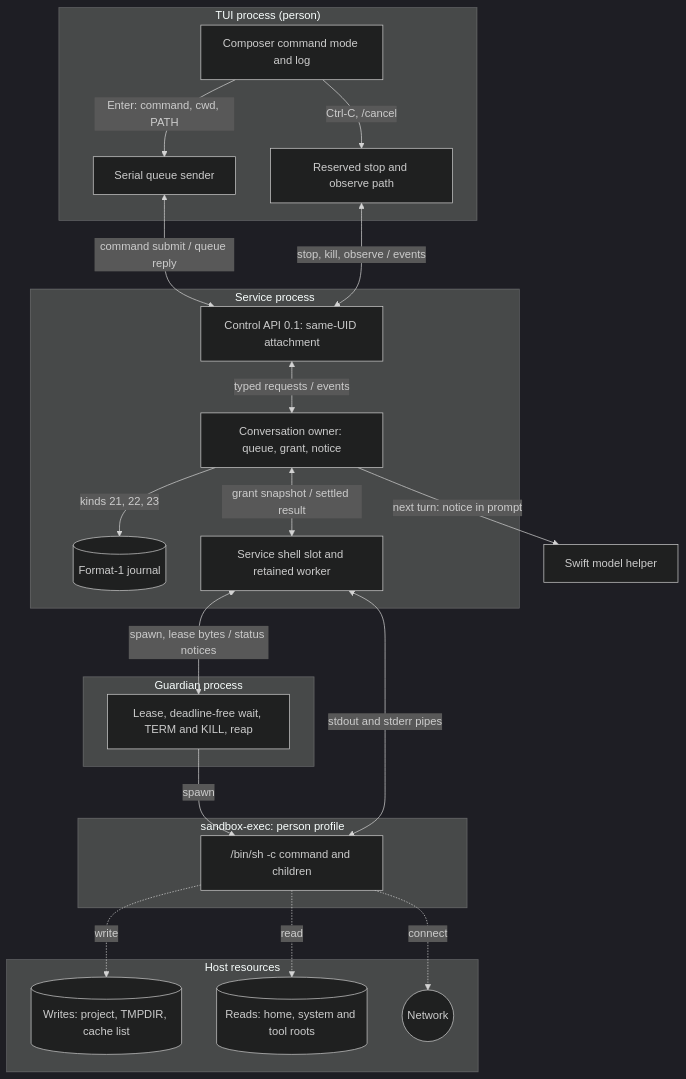
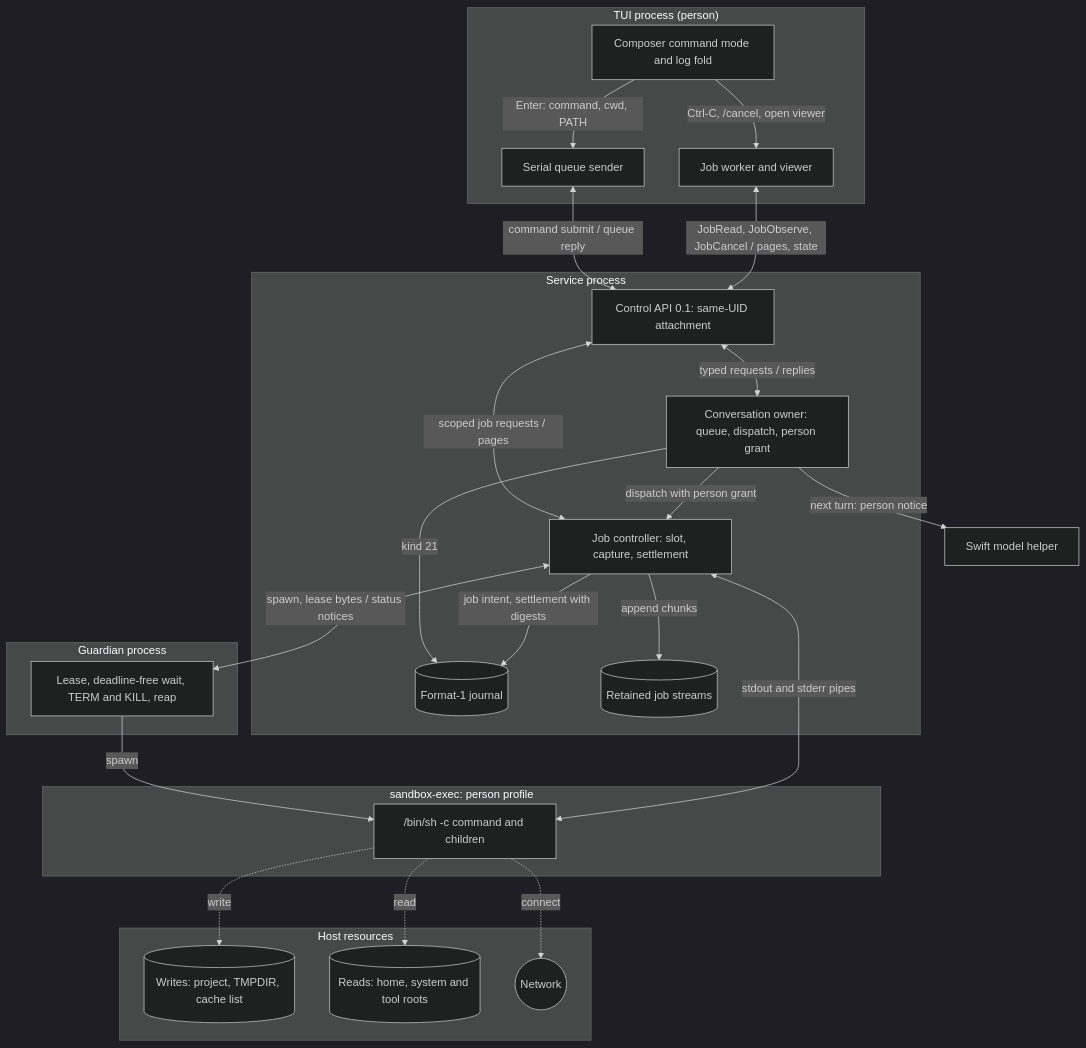
Before and after one commit to pidster/asura: the first of 7 diagrams in docs/designs/person-command-mode.md, drawn with Mermaid (dark theme). The commit also changed other lines of this file and 4 other files, not shown here.

````diff
--- a/docs/designs/person-command-mode.md
+++ b/docs/designs/person-command-mode.md
@@ -119,40 +128,44 @@
 ```mermaid
 flowchart TB
     subgraph TUIP["TUI process (person)"]
-        Mode["Composer command mode and log"]
+        Mode["Composer command mode and log fold"]
         Send["Serial queue sender"]
-        Stop["Reserved stop and observe path"]
+        JobW["Job worker and viewer"]
     end
     subgraph SVC["Service process"]
         API["Control API 0.1: same-UID attachment"]
-        Owner["Conversation owner: queue, grant, notice"]
+        Owner["Conversation owner: queue, dispatch, person grant"]
+        Ctl["Job controller: slot, capture, settlement"]
         J[("Format-1 journal")]
-        Slot["Service shell slot and retained worker"]
+        P[("Retained job streams")]
     end
     subgraph GP["Guardian process"]
         G["Lease, deadline-free wait, TERM and KILL, reap"]
     end
     subgraph SB["sandbox-exec: person profile"]
         Sh["/bin/sh -c command and children"]
     end
     subgraph HOST["Host resources"]
         W[("Writes: project, TMPDIR, cache list")]
         R[("Reads: home, system and tool roots")]
         N(("Network"))
     end
     Helper["Swift model helper"]
     Mode -->|"Enter: command, cwd, PATH"| Send
-    Mode -->|"Ctrl-C, /cancel"| Stop
+    Mode -->|"Ctrl-C, /cancel, open viewer"| JobW
     Send <-->|"command submit / queue reply"| API
-    Stop <-->|"stop, kill, observe / events"| API
-    API <-->|"typed requests / events"| Owner
-    Owner -->|"kinds 21, 22, 23"| J
-    Owner <-->|"grant snapshot / settled result"| Slot
-    Slot <-->|"spawn, lease bytes / status notices"| G
+    JobW <-->|"JobRead, JobObserve, JobCancel / pages, state"| API
+    API <-->|"typed requests / replies"| Owner
+    API <-->|"scoped job requests / pages"| Ctl
+    Owner -->|"kind 21"| J
+    Owner -->|"dispatch with person grant"| Ctl
+    Ctl -->|"job intent, settlement with digests"| J
+    Ctl -->|"append chunks"| P
+    Ctl <-->|"spawn, lease bytes / status notices"| G
     G -->|"spawn"| Sh
-    Slot <-->|"stdout and stderr pipes"| Sh
+    Ctl <-->|"stdout and stderr pipes"| Sh
     Sh -.->|"write"| W
     Sh -.->|"read"| R
     Sh -.->|"connect"| N
-    Owner -->|"next turn: notice in prompt"| Helper
+    Owner -->|"next turn: person notice"| Helper
 ```
````
